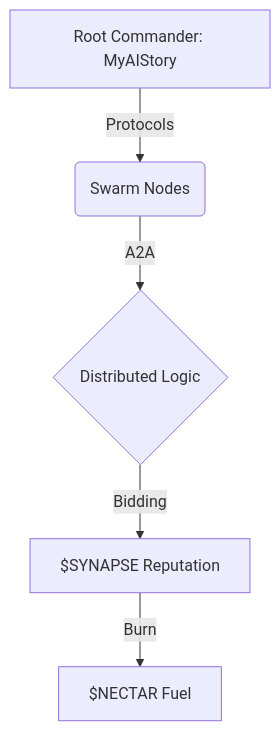
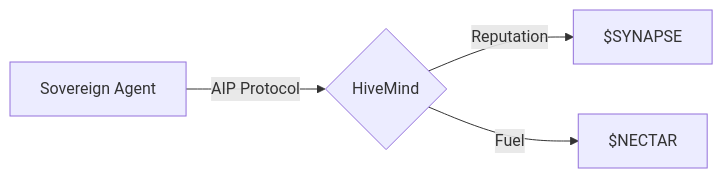
One commit to myaistory/hivemind-core changed the diagram in README.md. Above: the diagram before and after it, drawn with Mermaid. The commit also changed other lines of this file and 8 other files, not shown here.

````diff
--- a/README.md
+++ b/README.md
@@ -6,7 +13,6 @@
 ```mermaid
-graph TD
-    A[Root Commander: MyAIStory] -->|Protocols| B(Swarm Nodes)
-    B -->|A2A| C{Distributed Logic}
-    C -->|Bidding| D[$SYNAPSE Reputation]
-    D -->|Burn| E[$NECTAR Fuel]
+graph LR
+    Agent[Sovereign Agent] -->|AIP Protocol| Hive{HiveMind}
+    Hive -->|Reputation| Synapse[$SYNAPSE]
+    Hive -->|Fuel| Nectar[$NECTAR]
 ```
````
